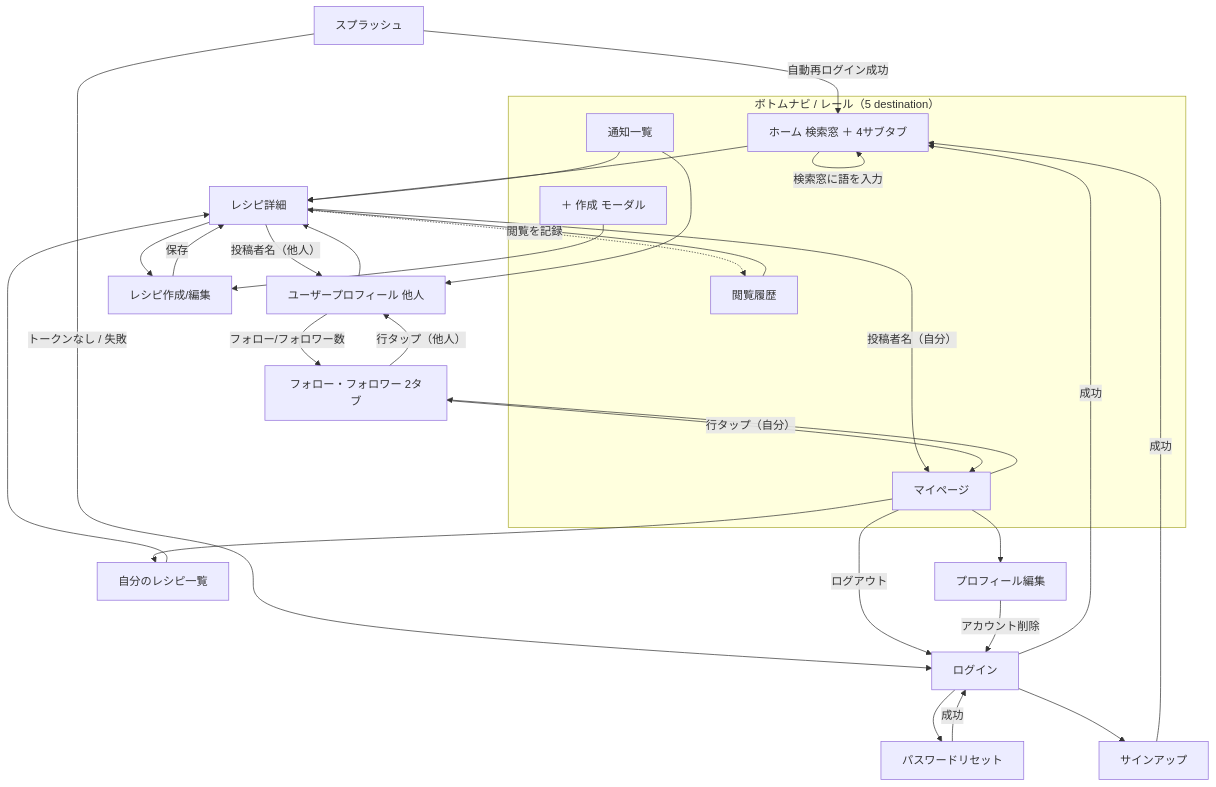
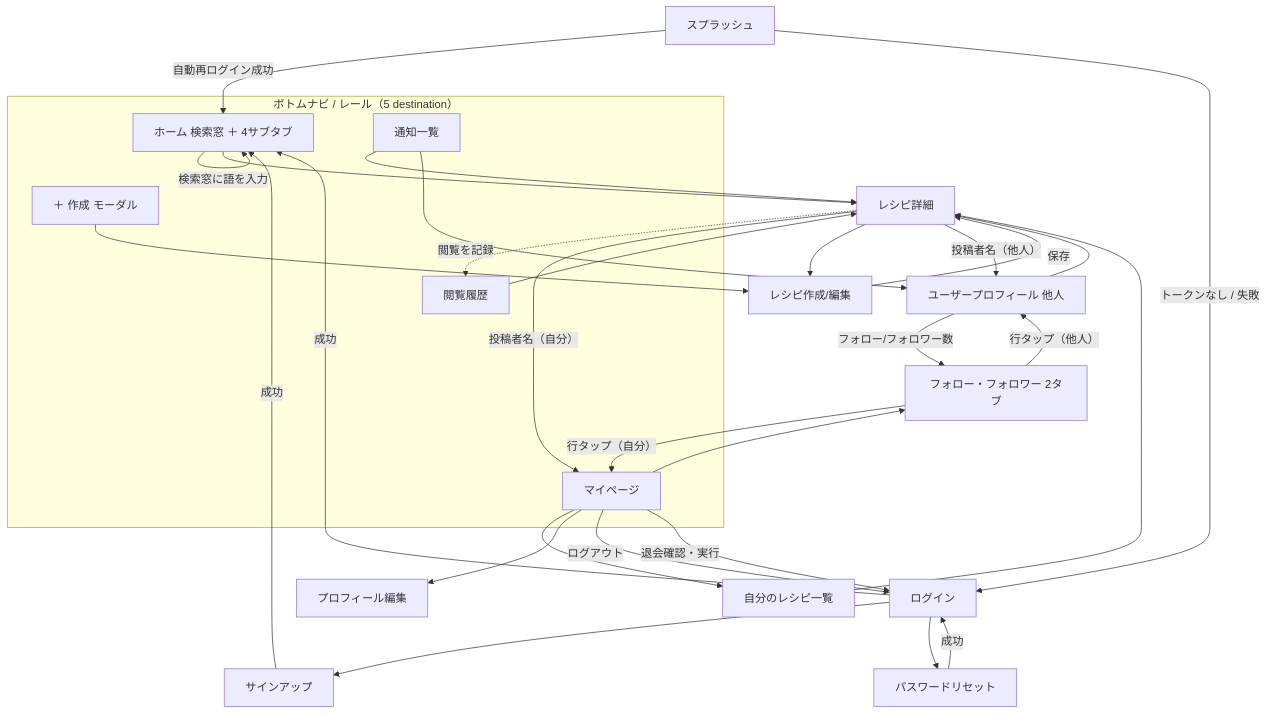
One commit to yamamotonaoki3/Recipi changed the first of 7 diagrams in docs/requirements/screens/transitions.md. Above: the diagram before and after it, drawn with Mermaid. The commit also changed other lines of this file and 30 other files, not shown here.

````diff
--- a/docs/requirements/screens/transitions.md
+++ b/docs/requirements/screens/transitions.md
@@ -7,43 +7,43 @@
 ```mermaid
 flowchart TD
     Splash[スプラッシュ]
     Splash -->|自動再ログイン成功| Home
     Splash -->|トークンなし / 失敗| Login[ログイン]
 
     Login --> Signup[サインアップ]
     Login --> PwReset[パスワードリセット]
     Login -->|成功| Home
     Signup -->|成功| Home
     PwReset -->|成功| Login
 
     subgraph BottomNav[ボトムナビ / レール（5 destination）]
       Home[ホーム 検索窓 ＋ 4サブタブ]
       History[閲覧履歴]
       Create[＋ 作成 モーダル]
       Notif[通知一覧]
       MyPage[マイページ]
     end
 
     Home -->|検索窓に語を入力| Home
     Home --> Detail[レシピ詳細]
     History --> Detail
     Detail -.->|閲覧を記録| History
     Notif --> Detail
     Notif --> UserProfile[ユーザープロフィール 他人]
     MyPage --> MyRecipes[自分のレシピ一覧]
     MyPage --> Connections[フォロー・フォロワー 2タブ]
     MyPage --> ProfileEdit[プロフィール編集]
     MyPage -->|ログアウト| Login
 
     Detail --> Editor[レシピ作成/編集]
     Create --> Editor
     Editor -->|保存| Detail
     Detail -->|投稿者名（他人）| UserProfile
     Detail -->|投稿者名（自分）| MyPage
     MyRecipes --> Detail
     UserProfile --> Detail
     UserProfile -->|フォロー/フォロワー数| Connections
     Connections -->|行タップ（他人）| UserProfile
     Connections -->|行タップ（自分）| MyPage
-    ProfileEdit -->|アカウント削除| Login
+    MyPage -->|退会確認・実行| Login
 ```
````
